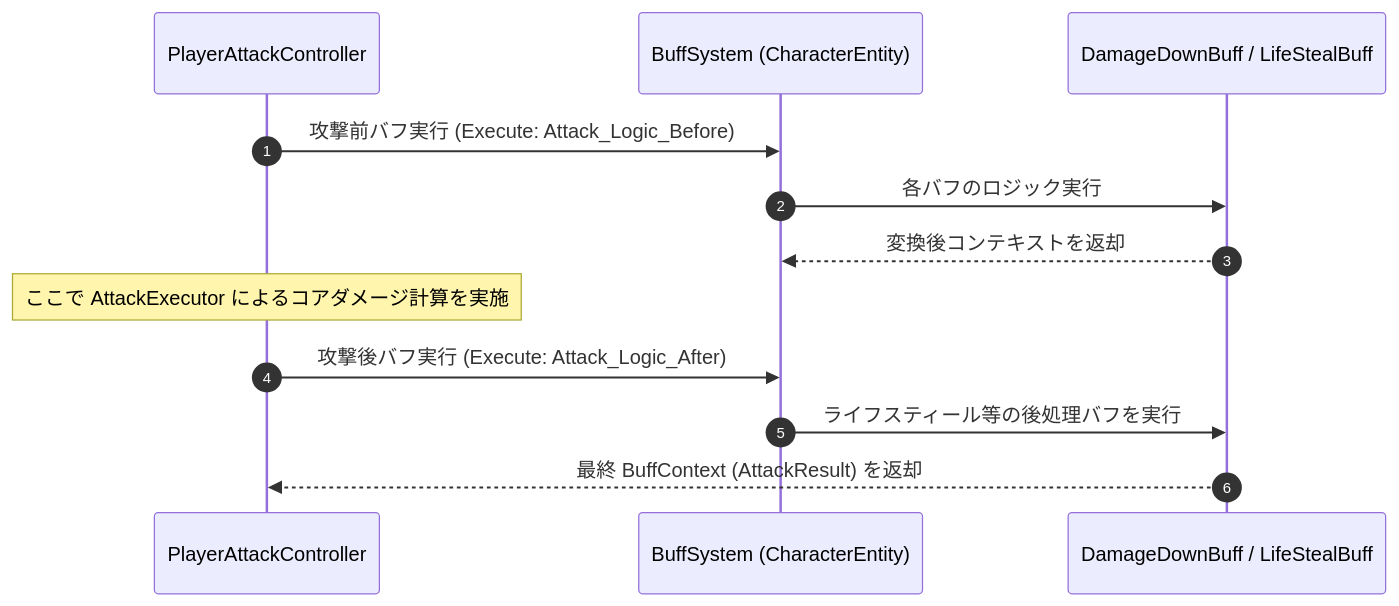
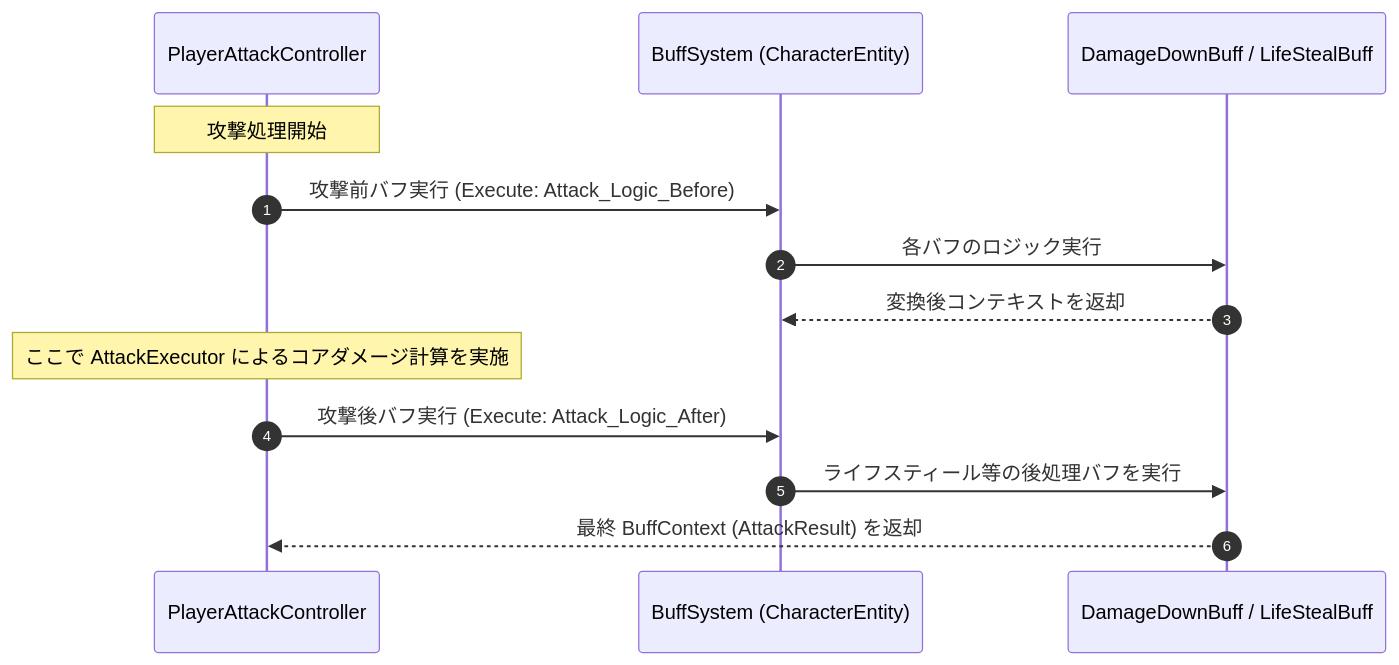
Before and after one commit to HIBIKI5201/SymphonyKillChord: the fourth of 4 diagrams in Assets/Docs/ScriptsDocs/Modules/NotionModuleDocs/Character&Battle.md, drawn with Mermaid. The commit also changed other lines of this file and 5 other files, not shown here.

````diff
--- a/Assets/Docs/ScriptsDocs/Modules/NotionModuleDocs/Character&Battle.md
+++ b/Assets/Docs/ScriptsDocs/Modules/NotionModuleDocs/Character&Battle.md
@@ -144,15 +177,16 @@
 ```mermaid
 sequenceDiagram
     autonumber
     participant PAC as PlayerAttackController
     participant BuffSys as BuffSystem (CharacterEntity)
     participant DABuff as DamageDownBuff / LifeStealBuff
 
+    Note over PAC: 攻撃処理開始
     PAC ->> BuffSys: 攻撃前バフ実行 (Execute: Attack_Logic_Before)
     BuffSys ->> DABuff: 各バフのロジック実行
     DABuff -->> BuffSys: 変換後コンテキストを返却
     Note over PAC: ここで AttackExecutor によるコアダメージ計算を実施
     PAC ->> BuffSys: 攻撃後バフ実行 (Execute: Attack_Logic_After)
     BuffSys ->> DABuff: ライフスティール等の後処理バフを実行
     DABuff -->> PAC: 最終 BuffContext (AttackResult) を返却
 ```
````
